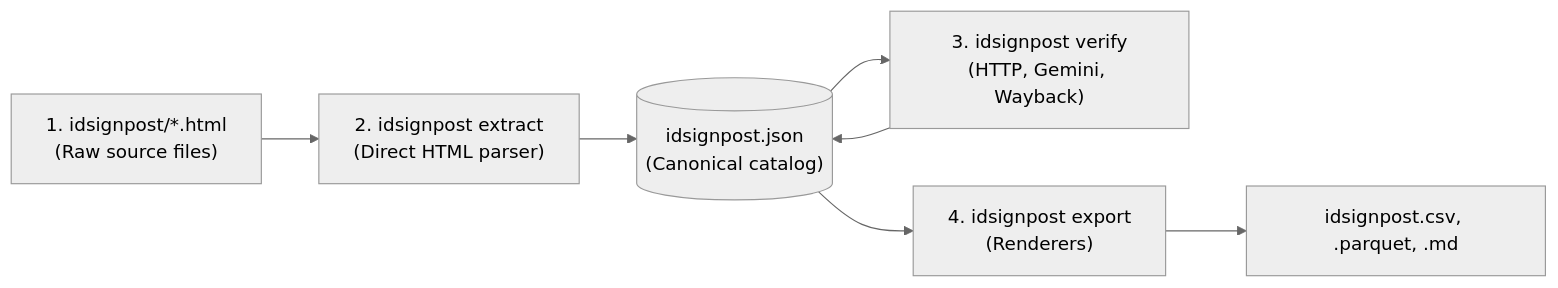
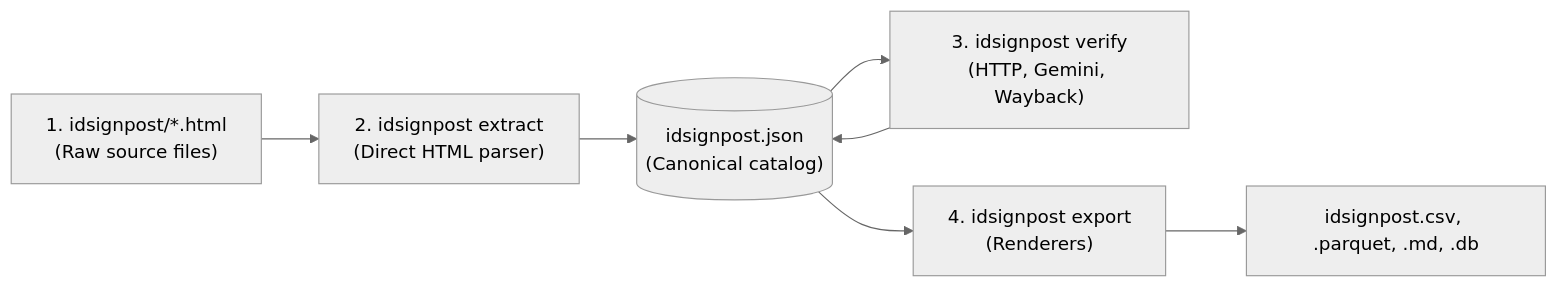
The diagram in README.md (charlesroper/FSCLegacy-fscbiodiversity.uk-idsignpost), drawn with Mermaid (neutral theme) before and after one commit. The commit also changed other lines of this file and 2 other files, not shown here.

````diff
--- a/README.md
+++ b/README.md
@@ -154,9 +168,9 @@
 ```mermaid
 flowchart LR
     HTML["1. idsignpost/*.html\n(Raw source files)"] --> EXTRACT["2. idsignpost extract\n(Direct HTML parser)"]
     EXTRACT --> JSON[("idsignpost.json\n(Canonical catalog)")]
     JSON --> VERIFY["3. idsignpost verify\n(HTTP, Gemini, Wayback)"]
     VERIFY --> JSON
     JSON --> EXPORT["4. idsignpost export\n(Renderers)"]
-    EXPORT --> EXPORTS["idsignpost.csv, .parquet, .md"]
+    EXPORT --> EXPORTS["idsignpost.csv, .parquet, .md, .db"]
 ```
````
